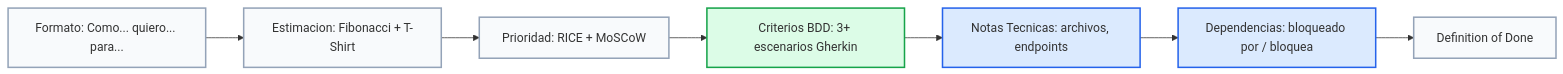
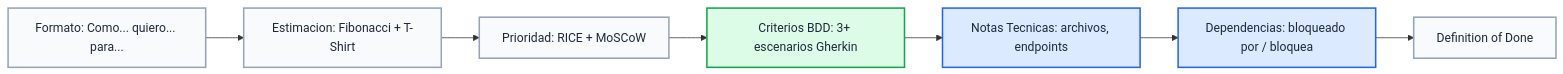
One commit to syntaxiscorp/syntaxis-ai-specs changed the sixth of 12 diagrams in Information/spec-driven-workflow.md. Above: the diagram before and after it, drawn with Mermaid. The commit also changed other lines of this file, not shown here.

````diff
--- a/Information/spec-driven-workflow.md
+++ b/Information/spec-driven-workflow.md
@@ -254,16 +254,16 @@
 ```mermaid
 flowchart LR
-    classDef req fill:#f8fafc,stroke:#94a3b8,stroke-width:2px
-    classDef bdd fill:#dcfce7,stroke:#16a34a,stroke-width:2px
-    classDef tech fill:#dbeafe,stroke:#2563eb,stroke-width:2px
+    classDef req fill:#f8fafc,stroke:#94a3b8,stroke-width:2px,color:#1e293b
+    classDef bdd fill:#dcfce7,stroke:#16a34a,stroke-width:2px,color:#1e293b
+    classDef tech fill:#dbeafe,stroke:#2563eb,stroke-width:2px,color:#1e293b
 
     A["Formato: Como... quiero... para..."]:::req
     B["Estimacion: Fibonacci + T-Shirt"]:::req
     C["Prioridad: RICE + MoSCoW"]:::req
     D["Criterios BDD: 3+ escenarios Gherkin"]:::bdd
     E["Notas Tecnicas: archivos, endpoints"]:::tech
     F["Dependencias: bloqueado por / bloquea"]:::tech
     G["Definition of Done"]:::req
 
     A --> B --> C --> D --> E --> F --> G
 ```
````
